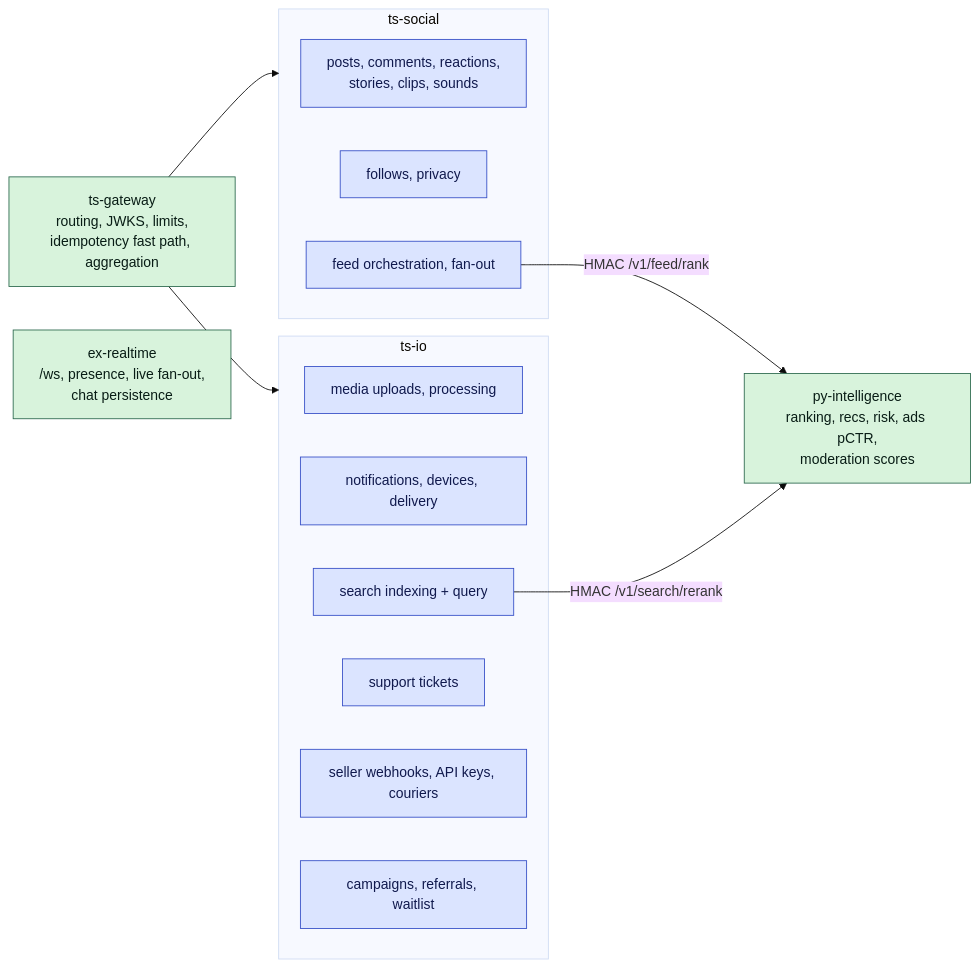
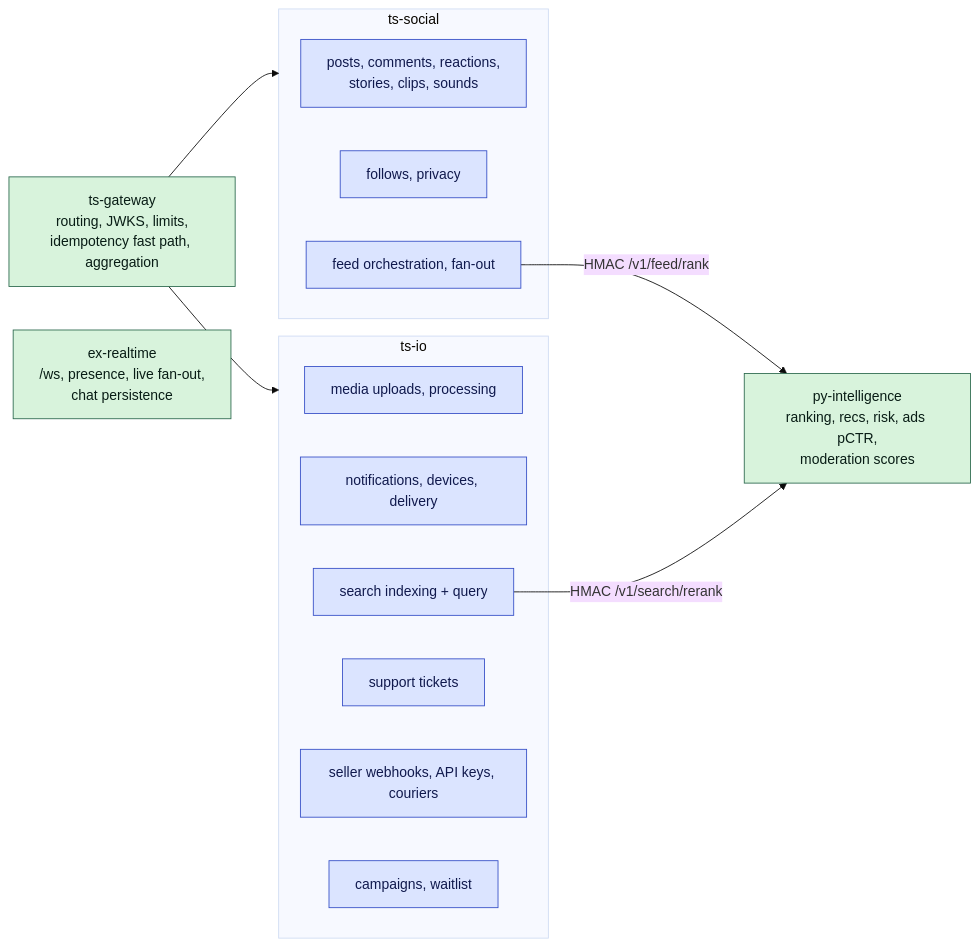
The second of 2 diagrams in docs/architecture/backend.md (telente-technologies/nantty), drawn with Mermaid (base theme) before and after one commit. The commit also changed other lines of this file and 7 other files, not shown here.

Commit message:
chore(docs): update architecture docs

````diff
--- a/docs/architecture/backend.md
+++ b/docs/architecture/backend.md
@@ -58,26 +58,26 @@
 ```mermaid
 flowchart LR
   classDef existing fill:#d8f3dc,stroke:#2d6a4f,color:#081c15
   classDef proposed fill:#dbe4ff,stroke:#364fc7,color:#10194d
 
   gw["ts-gateway<br/>routing, JWKS, limits,<br/>idempotency fast path, aggregation"]:::existing
   subgraph social["ts-social"]
     posts["posts, comments, reactions,<br/>stories, clips, sounds"]:::proposed
     follows["follows, privacy"]:::proposed
     feed["feed orchestration, fan-out"]:::proposed
   end
   subgraph io["ts-io"]
     media["media uploads, processing"]:::proposed
     notif["notifications, devices, delivery"]:::proposed
     search["search indexing + query"]:::proposed
     support["support tickets"]:::proposed
     integ["seller webhooks, API keys, couriers"]:::proposed
-    camp["campaigns, referrals, waitlist"]:::proposed
+    camp["campaigns, waitlist"]:::proposed
   end
   rt["ex-realtime<br/>/ws, presence, live fan-out,<br/>chat persistence"]:::existing
   py["py-intelligence<br/>ranking, recs, risk, ads pCTR,<br/>moderation scores"]:::existing
 
   gw --> social & io
   feed -- "HMAC /v1/feed/rank" --> py
   search -- "HMAC /v1/search/rerank" --> py
 ```
````
